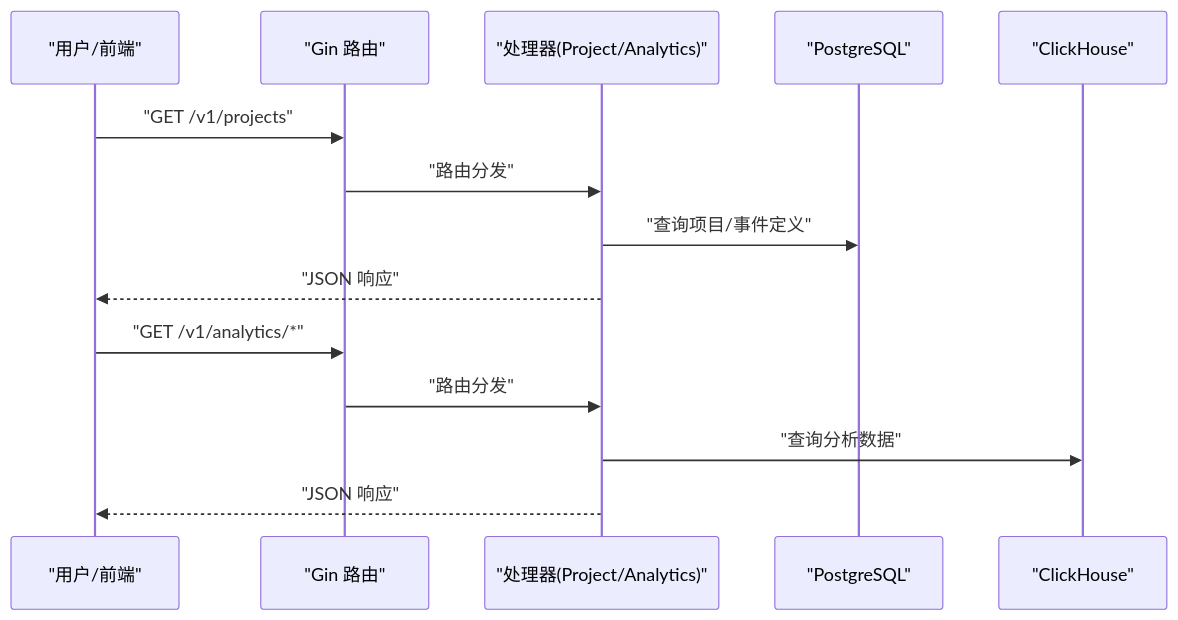
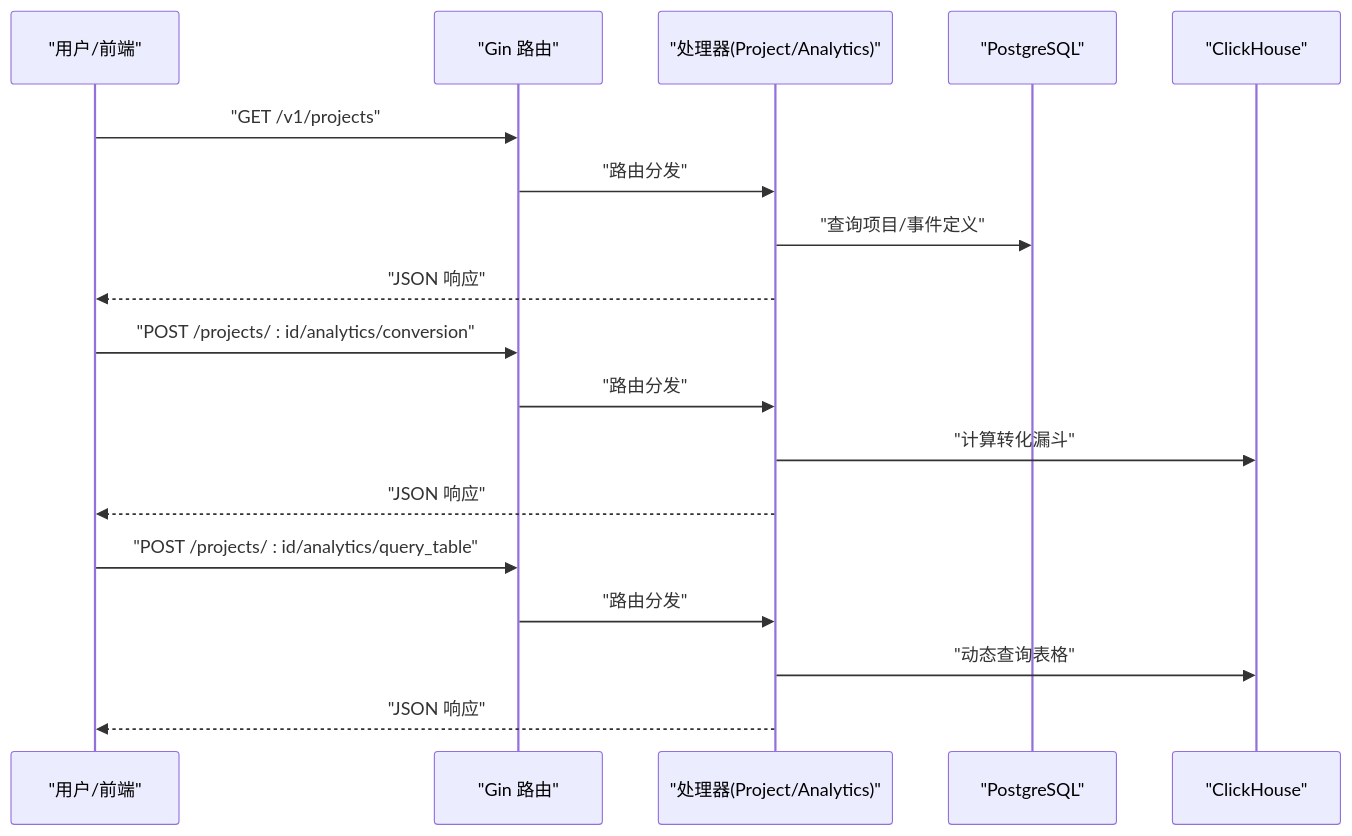
One commit to zhen-zhong/AeroLog changed the fifth of 7 diagrams in .qoder/repowiki/zh/content/后端服务架构/后端服务架构.md. Above: the diagram before and after it, drawn with Mermaid. The commit also changed other lines of this file and 97 other files, not shown here.

````diff
--- a/.qoder/repowiki/zh/content/后端服务架构/后端服务架构.md
+++ b/.qoder/repowiki/zh/content/后端服务架构/后端服务架构.md
@@ -212,16 +248,20 @@
 ```mermaid
 sequenceDiagram
 participant U as "用户/前端"
 participant G as "Gin 路由"
 participant H as "处理器(Project/Analytics)"
 participant PG as "PostgreSQL"
 participant CH as "ClickHouse"
 U->>G : "GET /v1/projects"
 G->>H : "路由分发"
 H->>PG : "查询项目/事件定义"
 H-->>U : "JSON 响应"
-U->>G : "GET /v1/analytics/*"
+U->>G : "POST /projects/ : id/analytics/conversion"
 G->>H : "路由分发"
-H->>CH : "查询分析数据"
+H->>CH : "计算转化漏斗"
+H-->>U : "JSON 响应"
+U->>G : "POST /projects/ : id/analytics/query_table"
+G->>H : "路由分发"
+H->>CH : "动态查询表格"
 H-->>U : "JSON 响应"
 ```
````
